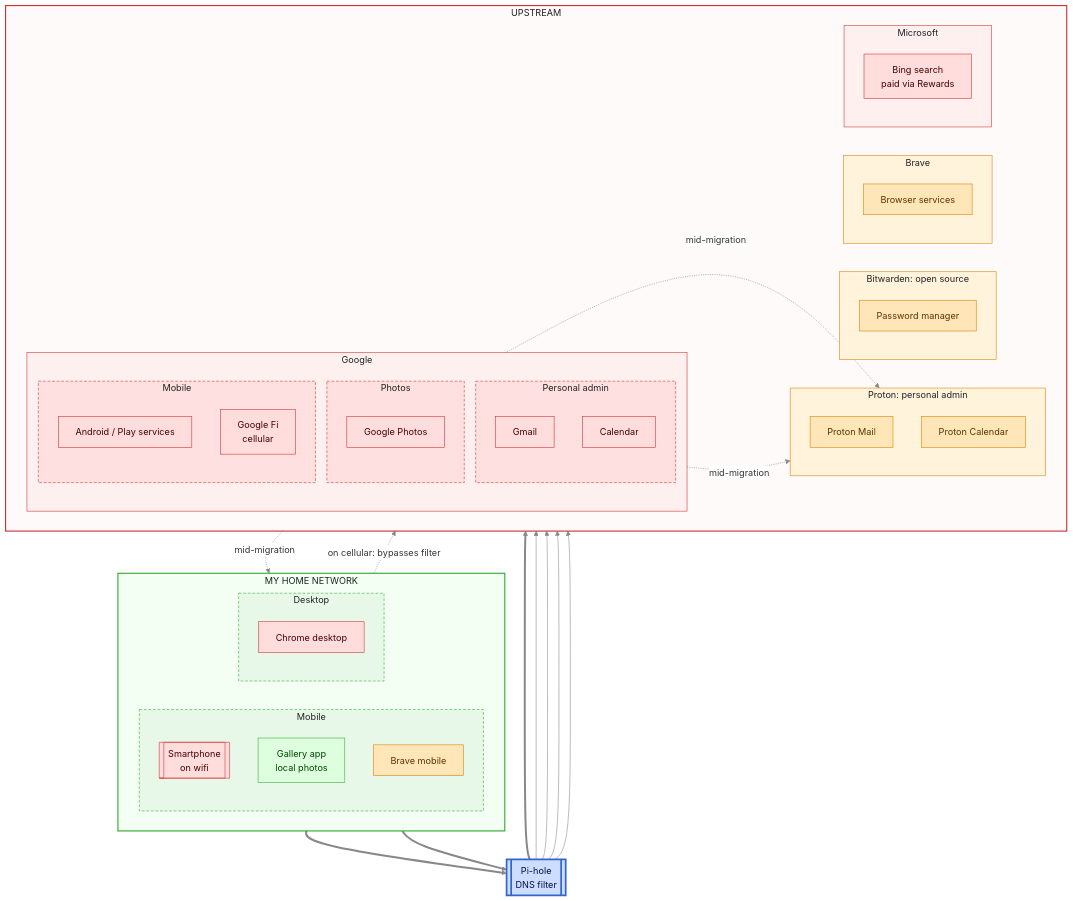
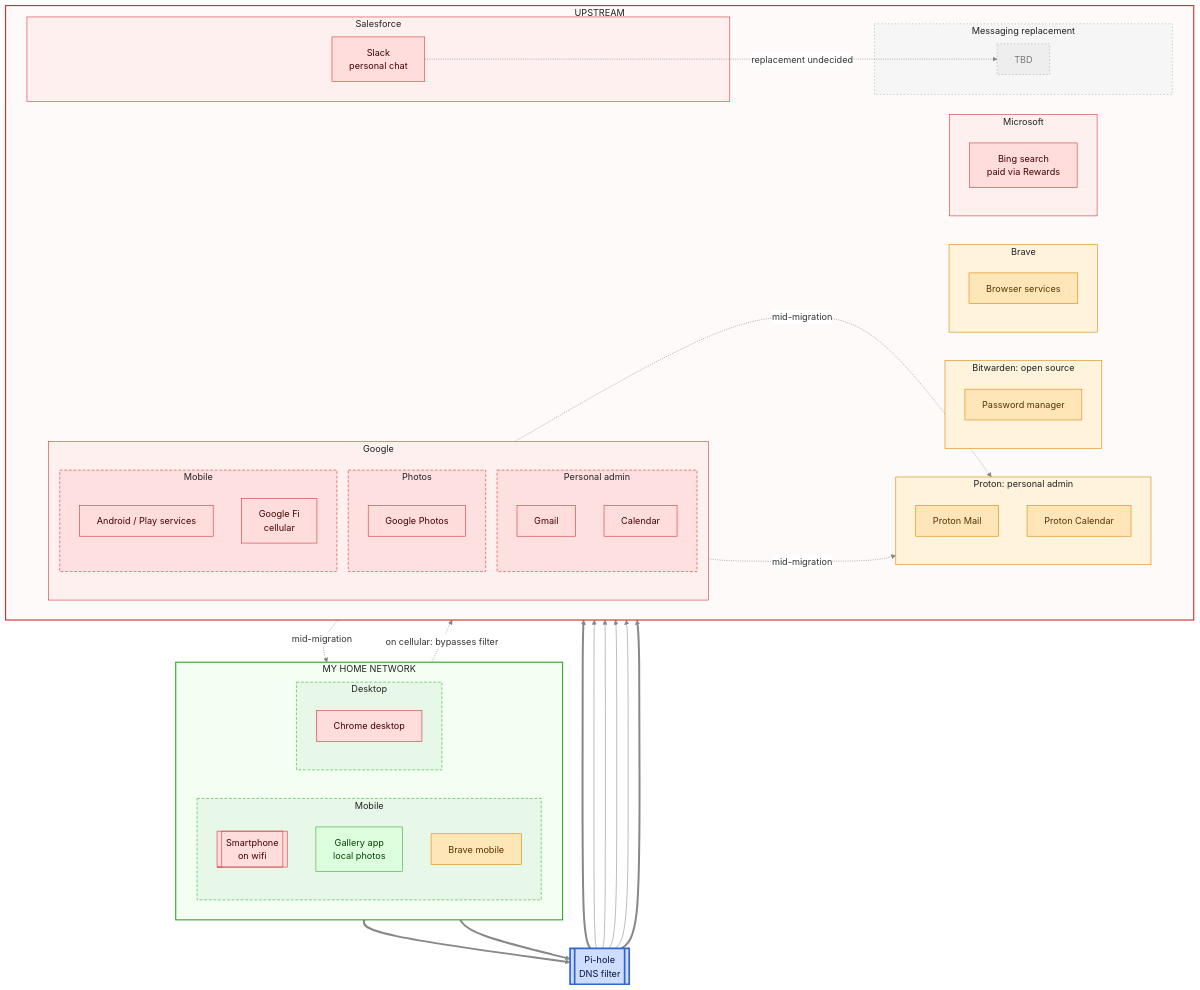
One commit to lowlydba/torch-the-tech changed the fourth of 5 diagrams in README.md. Above: the diagram before and after it, drawn with Mermaid.

Commit message:
Add Slack

````diff
--- a/README.md
+++ b/README.md
@@ -300,6 +300,14 @@
         subgraph msft["Microsoft"]
             bing[Bing search<br/>paid via Rewards]
         end
+
+        subgraph salesforce["Salesforce"]
+            slack[Slack<br/>personal chat]
+        end
+
+        subgraph tbd["Messaging replacement"]
+            chatrep[TBD]
+        end
     end
 
     h_mobile ==> pihole
@@ -309,17 +317,21 @@
     pihole --> bitwarden
     pihole --> brave
     pihole --> msft
+    pihole ==> salesforce
 
     pixel -. "on cellular: bypasses filter" .-> fi
     gmail -. "mid-migration" .-> pmail
     gcal -. "mid-migration" .-> pcal
     gphotos -. "mid-migration" .-> gallery
+    slack -. "replacement undecided" .-> chatrep
 
     classDef big fill:#fdd,stroke:#c33,color:#400
     classDef self fill:#dfd,stroke:#3a3,color:#040
     classDef gate fill:#cdf,stroke:#36c,stroke-width:3px,color:#014
     classDef hosted fill:#ffe6b8,stroke:#d98200,color:#5a3300
-    class gmail,gcal,gapps,fi,gphotos,chrome,bing big
+    classDef gone fill:#eee,stroke:#999,stroke-dasharray: 2 4,color:#777
+    class gmail,gcal,gapps,fi,gphotos,chrome,bing,slack big
+    class chatrep gone
     class pmail,pcal,bw,bravecloud,brave_m hosted
     class gallery self
     class pixel big
@@ -335,5 +347,7 @@
     style bitwarden fill:#fff3dc,stroke:#d98200,color:#222
     style brave fill:#fff3dc,stroke:#d98200,color:#222
     style msft fill:#fff0f0,stroke:#c33,color:#222
+    style salesforce fill:#fff0f0,stroke:#c33,color:#222
+    style tbd fill:#f6f6f6,stroke:#999,stroke-dasharray: 2 4,color:#222
     style g_photos fill:#ffe0e0,stroke:#c33,stroke-dasharray: 5 3,color:#222
 ```
````
